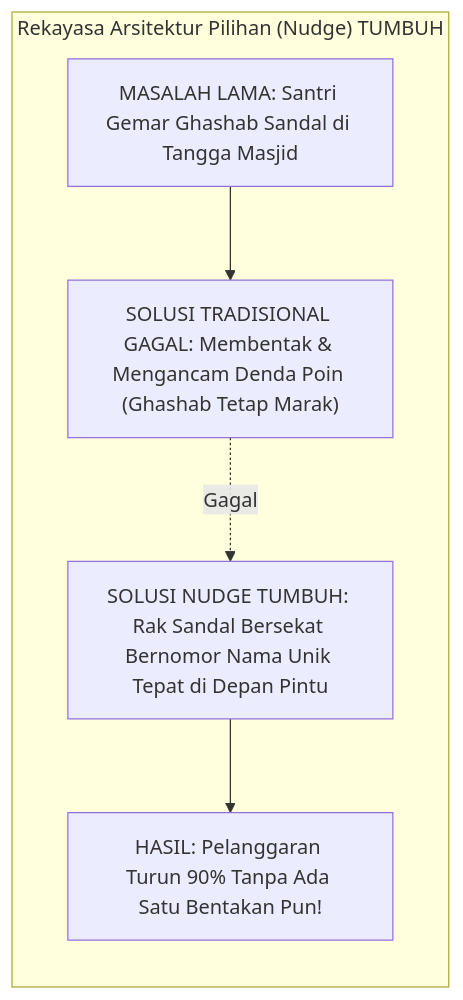
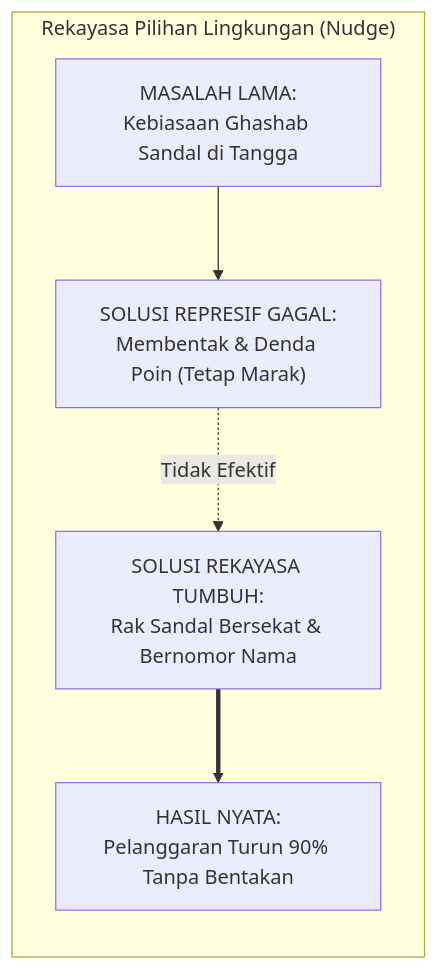
Before and after one commit to wandiapriliyandi/tumbuh: the fifth of 5 diagrams in BOOK Series 1/01-The-Fundamental-of-TUMBUH/Bab-07-Teori-Perubahan-Perilaku-Berkelanjutan.md, drawn with Mermaid. The commit also changed other lines of this file and 35 other files, not shown here.

Commit message:
fix(book-01): optimasi keterbacaan diagram mermaid pada seluruh bab dan perbarui 20 file PDF

````diff
--- a/BOOK Series 1/01-The-Fundamental-of-TUMBUH/Bab-07-Teori-Perubahan-Perilaku-Berkelanjutan.md
+++ b/BOOK Series 1/01-The-Fundamental-of-TUMBUH/Bab-07-Teori-Perubahan-Perilaku-Berkelanjutan.md
@@ -196,14 +196,14 @@
 ```mermaid
 graph TD
-    subgraph ARSITEKTUR_PILIHAN_ASRAMA["Rekayasa Arsitektur Pilihan (Nudge) TUMBUH"]
+    subgraph ARSITEKTUR_PILIHAN_ASRAMA["Rekayasa Pilihan Lingkungan (Nudge)"]
         direction TB
-        E1["MASALAH LAMA: Santri Gemar Ghashab Sandal di Tangga Masjid"]
-        E2["SOLUSI TRADISIONAL GAGAL: Membentak & Mengancam Denda Poin (Ghashab Tetap Marak)"]
-        E3["SOLUSI NUDGE TUMBUH: Rak Sandal Bersekat Bernomor Nama Unik Tepat di Depan Pintu"]
-        E4["HASIL: Pelanggaran Turun 90% Tanpa Ada Satu Bentakan Pun!"]
+        E1["MASALAH LAMA:<br/>Kebiasaan Ghashab Sandal di Tangga"]
+        E2["SOLUSI REPRESIF GAGAL:<br/>Membentak & Denda Poin (Tetap Marak)"]
+        E3["SOLUSI REKAYASA TUMBUH:<br/>Rak Sandal Bersekat & Bernomor Nama"]
+        E4["HASIL NYATA:<br/>Pelanggaran Turun 90% Tanpa Bentakan"]
         
         E1 --> E2
-        E2 -.->|Gagal| E3
-        E3 --> E4
+        E2 -.->|Tidak Efektif| E3
+        E3 ==> E4
     end
 ```
````
